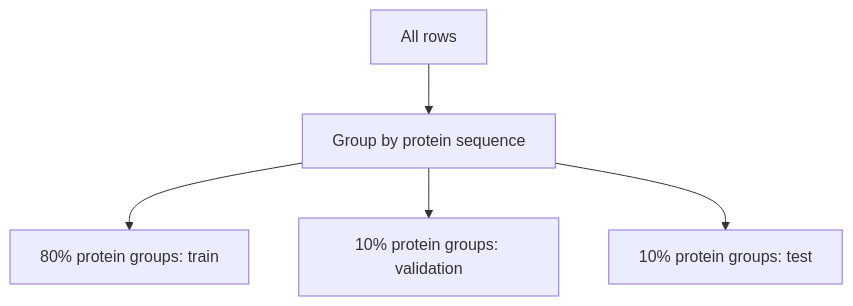
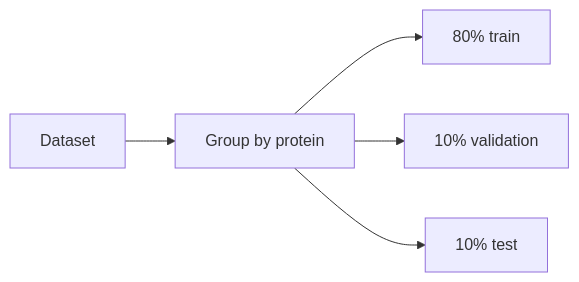
One commit to karthikeyanr103/Protein-Ligand-Affinity-Prediction-Using-LLM changed the second of 2 diagrams in README.md. Above: the diagram before and after it, drawn with Mermaid. The commit also changed other lines of this file and 3 other files, not shown here.

````diff
--- a/README.md
+++ b/README.md
@@ -219,7 +241,7 @@
 ```mermaid
-flowchart TB
-    D["All rows"] --> G["Group by protein sequence"]
-    G --> T["80% protein groups: train"]
-    G --> V["10% protein groups: validation"]
-    G --> E["10% protein groups: test"]
+flowchart LR
+    D["Dataset"] --> G["Group by protein"]
+    G --> T["80% train"]
+    G --> V["10% validation"]
+    G --> E["10% test"]
 ```
````
